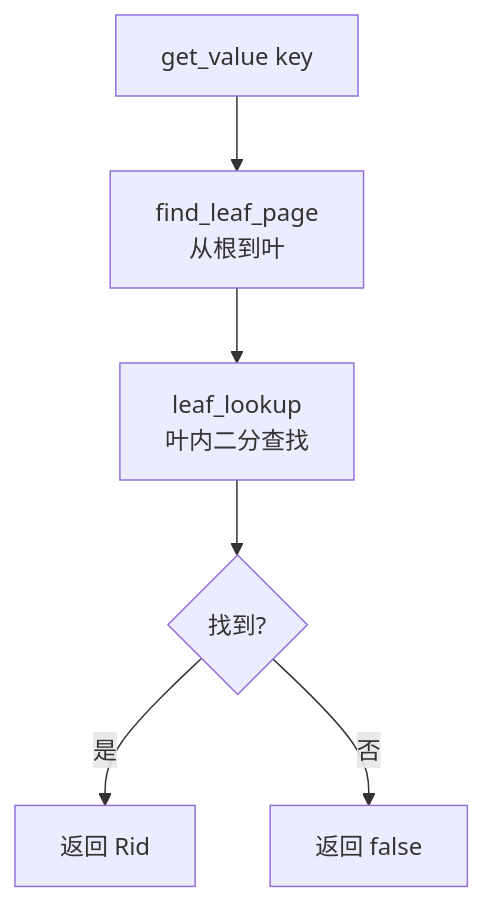
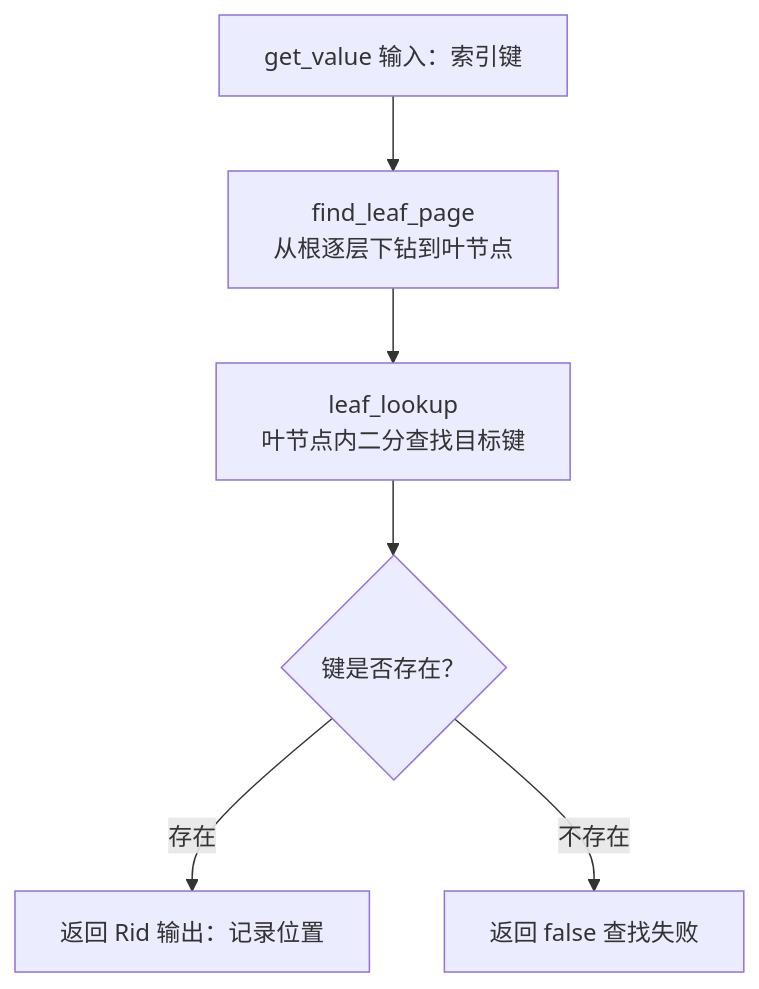
The second of 2 diagrams in my-analysis/03-index-layer/04a-btree-search.md (Dorian7Alden/RMDB-2024-Analyze), drawn with Mermaid before and after one commit.

Commit message:
fix(index): 查找流程概览图改为清晰的输入输出描述
- get_value 标注输入 输出节点标注返回值和含义
- 每个步骤用具体动词描述 不再用模糊的短语拼贴

````diff
--- a/my-analysis/03-index-layer/04a-btree-search.md
+++ b/my-analysis/03-index-layer/04a-btree-search.md
@@ -79,8 +79,8 @@
 ```mermaid
 flowchart TD
-    A["get_value key"] --> B["find_leaf_page<br/>从根到叶"]
-    B --> C["leaf_lookup<br/>叶内二分查找"]
-    C --> D{"找到?"}
-    D -->|"是"| E["返回 Rid"]
-    D -->|"否"| F["返回 false"]
+    A["get_value 输入：索引键"] --> B["find_leaf_page<br/>从根逐层下钻到叶节点"]
+    B --> C["leaf_lookup<br/>叶节点内二分查找目标键"]
+    C --> D{"键是否存在？"}
+    D -->|"存在"| E["返回 Rid 输出：记录位置"]
+    D -->|"不存在"| F["返回 false 查找失败"]
 ```
````
